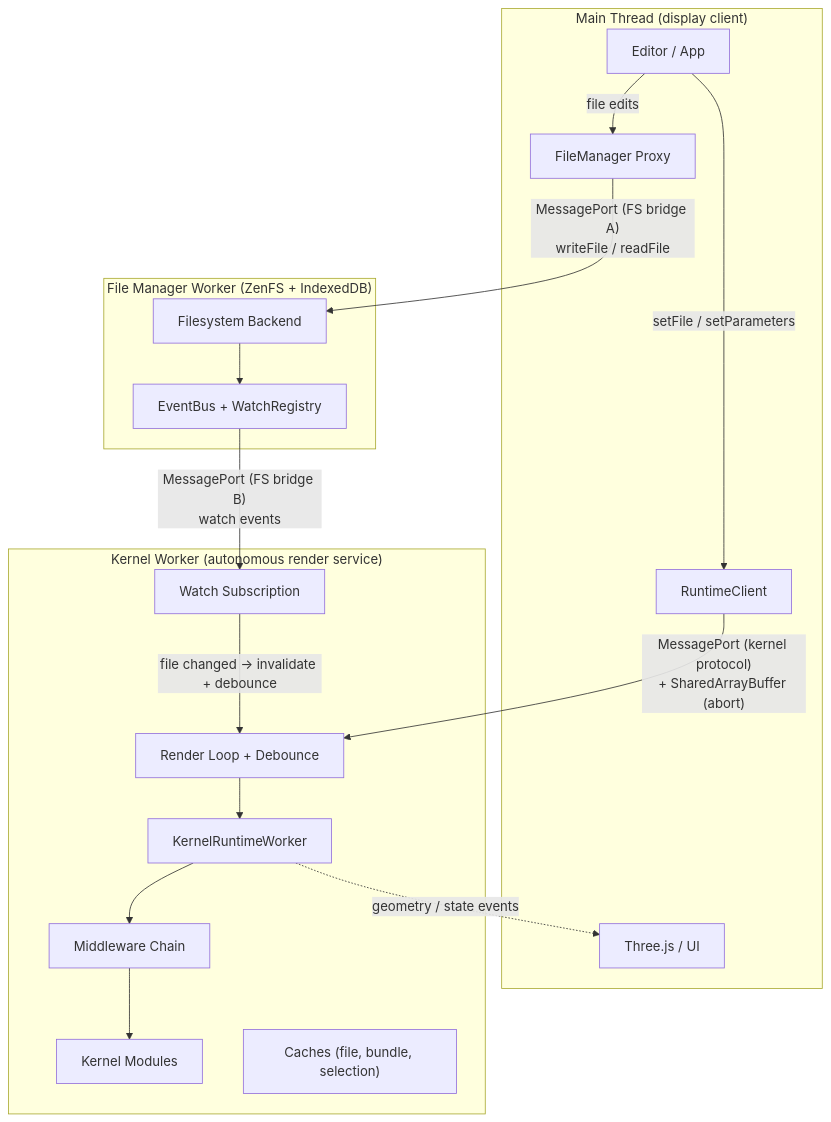
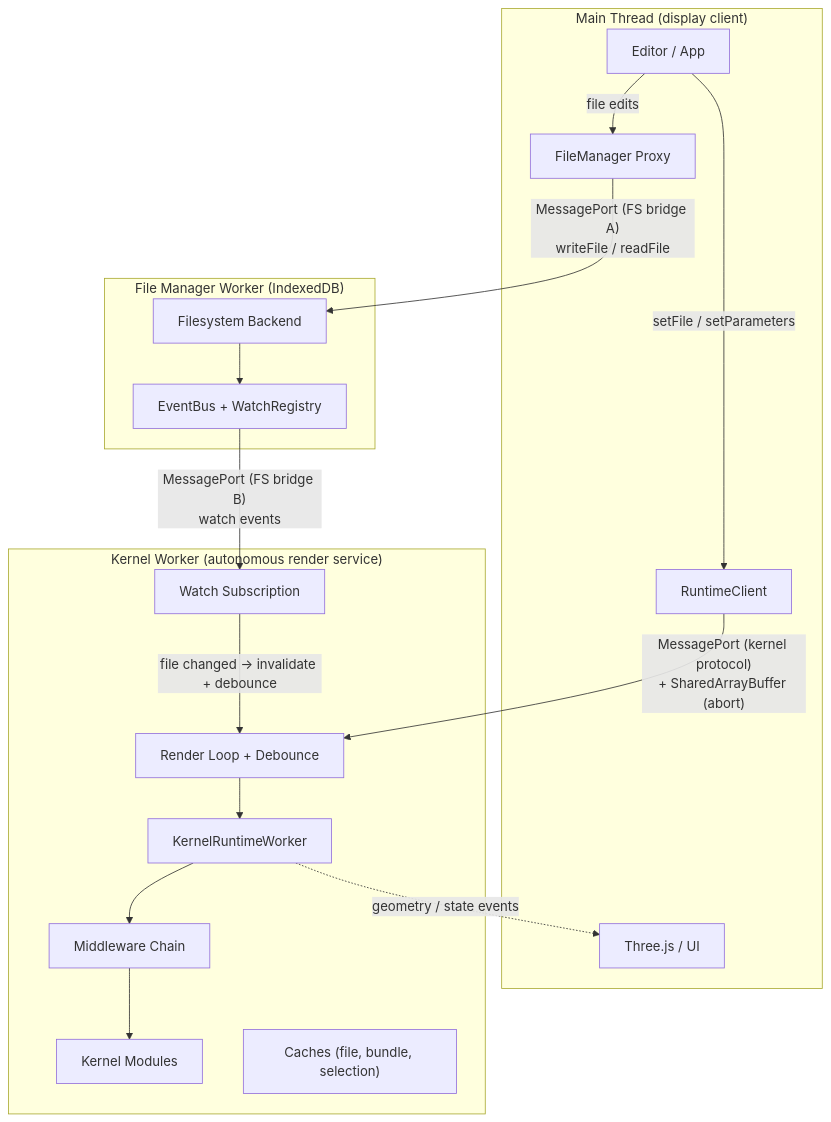
One commit to ahzs645/tau changed the first of 2 diagrams in apps/ui/content/docs/(runtime)/concepts/worker-model.mdx. Above: the diagram before and after it, drawn with Mermaid. The commit also changed other lines of this file and 108 other files, not shown here.

````diff
--- a/apps/ui/content/docs/(runtime)/concepts/worker-model.mdx
+++ b/apps/ui/content/docs/(runtime)/concepts/worker-model.mdx
@@ -17,37 +17,37 @@
 ```mermaid
 flowchart TB
     subgraph Main["Main Thread (display client)"]
         Editor["Editor / App"]
         Client["RuntimeClient"]
         Scene["Three.js / UI"]
         FMProxy["FileManager Proxy"]
     end
 
     subgraph Worker["Kernel Worker (autonomous render service)"]
         RenderLoop["Render Loop + Debounce"]
         KernelWorker["KernelRuntimeWorker"]
         Middleware["Middleware Chain"]
         Kernels["Kernel Modules"]
         WatchSub["Watch Subscription"]
         Caches["Caches (file, bundle, selection)"]
     end
 
-    subgraph FSWorker["File Manager Worker (ZenFS + IndexedDB)"]
+    subgraph FSWorker["File Manager Worker (IndexedDB)"]
         FS["Filesystem Backend"]
         EventBus["EventBus + WatchRegistry"]
     end
 
     Editor -->|"setFile / setParameters"| Client
     Client -->|"MessagePort (kernel protocol)\n+ SharedArrayBuffer (abort)"| RenderLoop
     RenderLoop --> KernelWorker
     KernelWorker --> Middleware
     Middleware --> Kernels
     KernelWorker -.->|"geometry / state events"| Scene
 
     Editor -->|"file edits"| FMProxy
     FMProxy -->|"MessagePort (FS bridge A)\nwriteFile / readFile"| FS
 
     FS --> EventBus
     EventBus -->|"MessagePort (FS bridge B)\nwatch events"| WatchSub
     WatchSub -->|"file changed → invalidate + debounce"| RenderLoop
 ```
````
